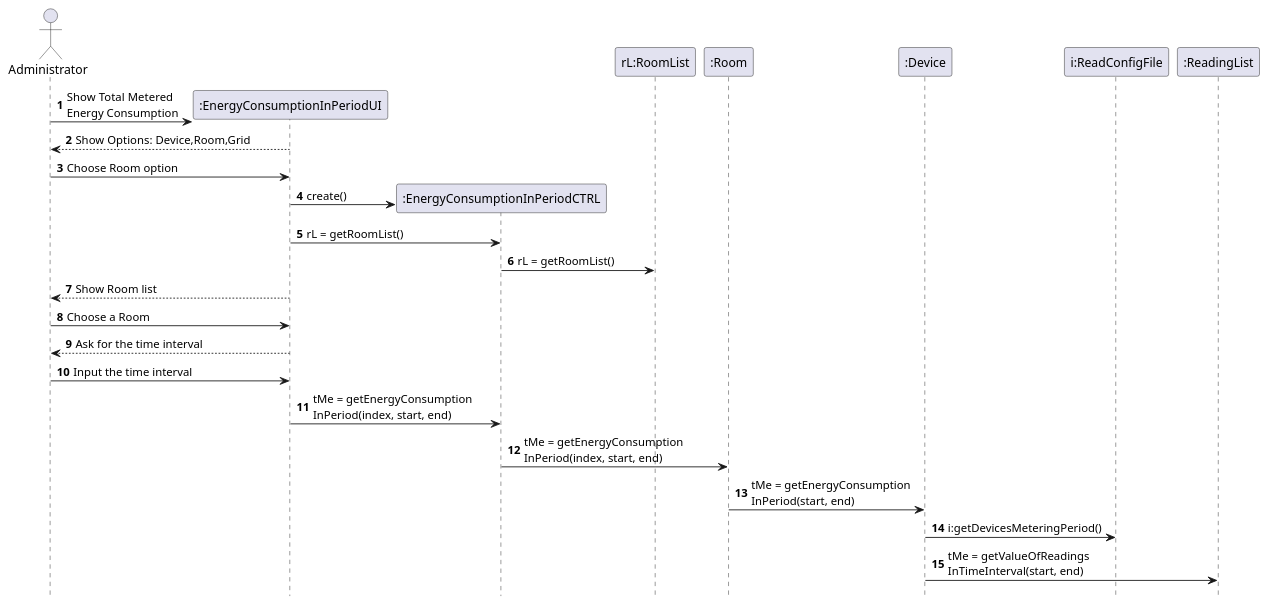
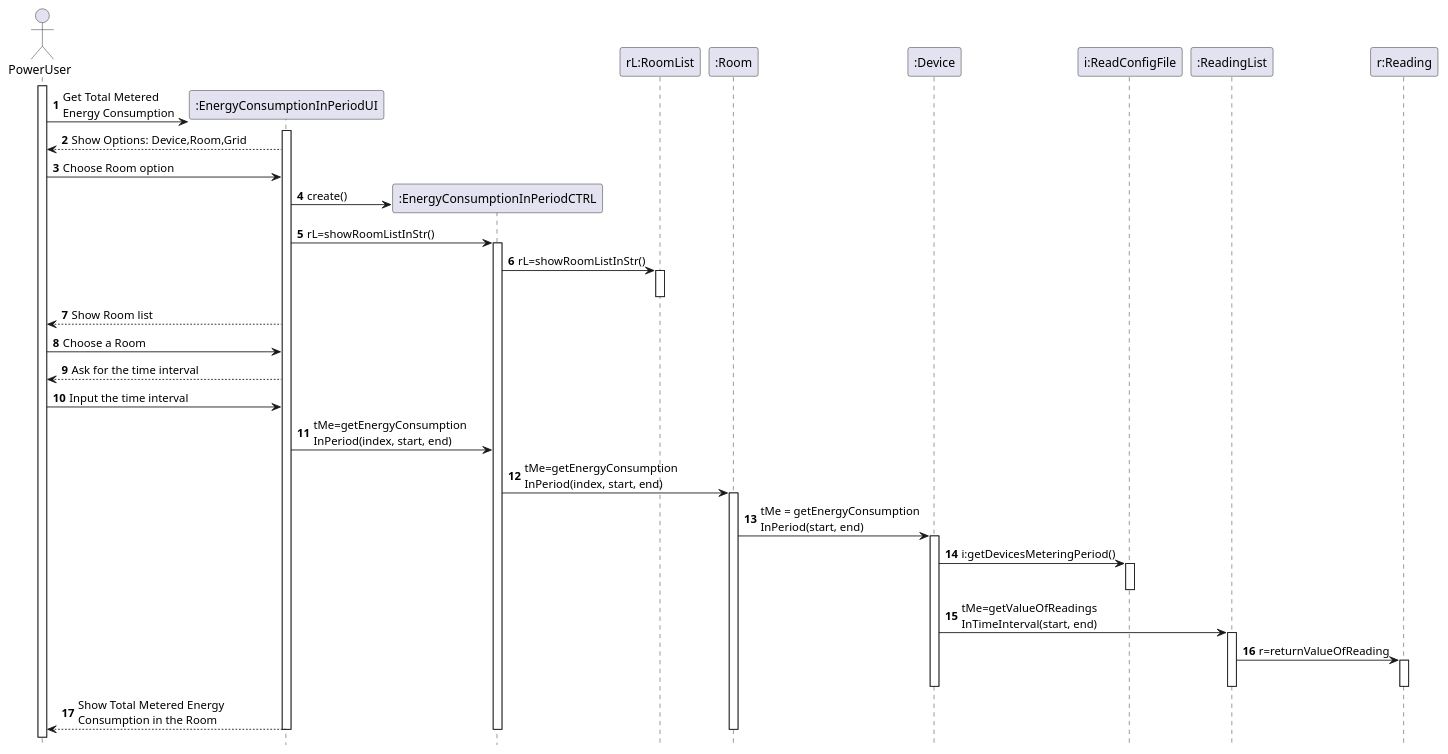
Before and after one commit to emanuel-pereira/hou: the diagram in src/main/java/smarthome/uml/sequencediagrams/RoomEnergyConsumptionInPeriod.puml, drawn with PlantUML.

Commit message:
Update Sequence Diagram og US721 close#68

```diff
--- a/src/main/java/smarthome/uml/sequencediagrams/RoomEnergyConsumptionInPeriod.puml
+++ b/src/main/java/smarthome/uml/sequencediagrams/RoomEnergyConsumptionInPeriod.puml
@@ -1,24 +1,44 @@
 @startuml
 autonumber
 hidefootbox
-actor Administrator
+actor PowerUser
 
+activate PowerUser
 create ":EnergyConsumptionInPeriodUI"
-Administrator -> ":EnergyConsumptionInPeriodUI": Show Total Metered\nEnergy Consumption
-Administrator <-- ":EnergyConsumptionInPeriodUI": Show Options: Device,Room,Grid
-Administrator -> ":EnergyConsumptionInPeriodUI": Choose Room option
+PowerUser -> ":EnergyConsumptionInPeriodUI": Get Total Metered\nEnergy Consumption
+activate  ":EnergyConsumptionInPeriodUI"
+PowerUser <-- ":EnergyConsumptionInPeriodUI": Show Options: Device,Room,Grid
+PowerUser -> ":EnergyConsumptionInPeriodUI": Choose Room option
 create ":EnergyConsumptionInPeriodCTRL"
 ":EnergyConsumptionInPeriodUI" -> ":EnergyConsumptionInPeriodCTRL": create()
-":EnergyConsumptionInPeriodUI" -> ":EnergyConsumptionInPeriodCTRL": rL = getRoomList()
-":EnergyConsumptionInPeriodCTRL" -> "rL:RoomList": rL = getRoomList()
-Administrator <-- ":EnergyConsumptionInPeriodUI": Show Room list
-Administrator -> ":EnergyConsumptionInPeriodUI": Choose a Room
-Administrator <-- ":EnergyConsumptionInPeriodUI": Ask for the time interval
-Administrator -> ":EnergyConsumptionInPeriodUI": Input the time interval
-":EnergyConsumptionInPeriodUI" -> ":EnergyConsumptionInPeriodCTRL": tMe = getEnergyConsumption\nInPeriod(index, start, end)
-":EnergyConsumptionInPeriodCTRL" -> ":Room": tMe = getEnergyConsumption\nInPeriod(index, start, end)
+":EnergyConsumptionInPeriodUI" -> ":EnergyConsumptionInPeriodCTRL": rL=showRoomListInStr()
+activate ":EnergyConsumptionInPeriodCTRL"
+":EnergyConsumptionInPeriodCTRL" -> "rL:RoomList": rL=showRoomListInStr()
+activate "rL:RoomList"
+deactivate "rL:RoomList"
+PowerUser <-- ":EnergyConsumptionInPeriodUI": Show Room list
+PowerUser -> ":EnergyConsumptionInPeriodUI": Choose a Room
+PowerUser <-- ":EnergyConsumptionInPeriodUI": Ask for the time interval
+PowerUser -> ":EnergyConsumptionInPeriodUI": Input the time interval
+":EnergyConsumptionInPeriodUI" -> ":EnergyConsumptionInPeriodCTRL": tMe=getEnergyConsumption\nInPeriod(index, start, end)
+":EnergyConsumptionInPeriodCTRL" -> ":Room": tMe=getEnergyConsumption\nInPeriod(index, start, end)
+activate ":Room"
 ":Room" -> ":Device": tMe = getEnergyConsumption\nInPeriod(start, end)
+activate ":Device"
 ":Device" -> "i:ReadConfigFile": i:getDevicesMeteringPeriod()
-":Device" -> ":ReadingList": tMe = getValueOfReadings\nInTimeInterval(start, end)
+activate "i:ReadConfigFile"
+deactivate "i:ReadConfigFile"
+":Device" -> ":ReadingList": tMe=getValueOfReadings\nInTimeInterval(start, end)
+activate ":ReadingList"
+":ReadingList" -> "r:Reading": r=returnValueOfReading
+activate "r:Reading"
+deactivate "r:Reading"
+deactivate ":ReadingList"
+deactivate ":Device"
+PowerUser <-- ":EnergyConsumptionInPeriodUI": Show Total Metered Energy\nConsumption in the Room
+deactivate ":Room"
+deactivate ":EnergyConsumptionInPeriodCTRL"
+deactivate ":EnergyConsumptionInPeriodUI"
+
 
 @enduml
```
